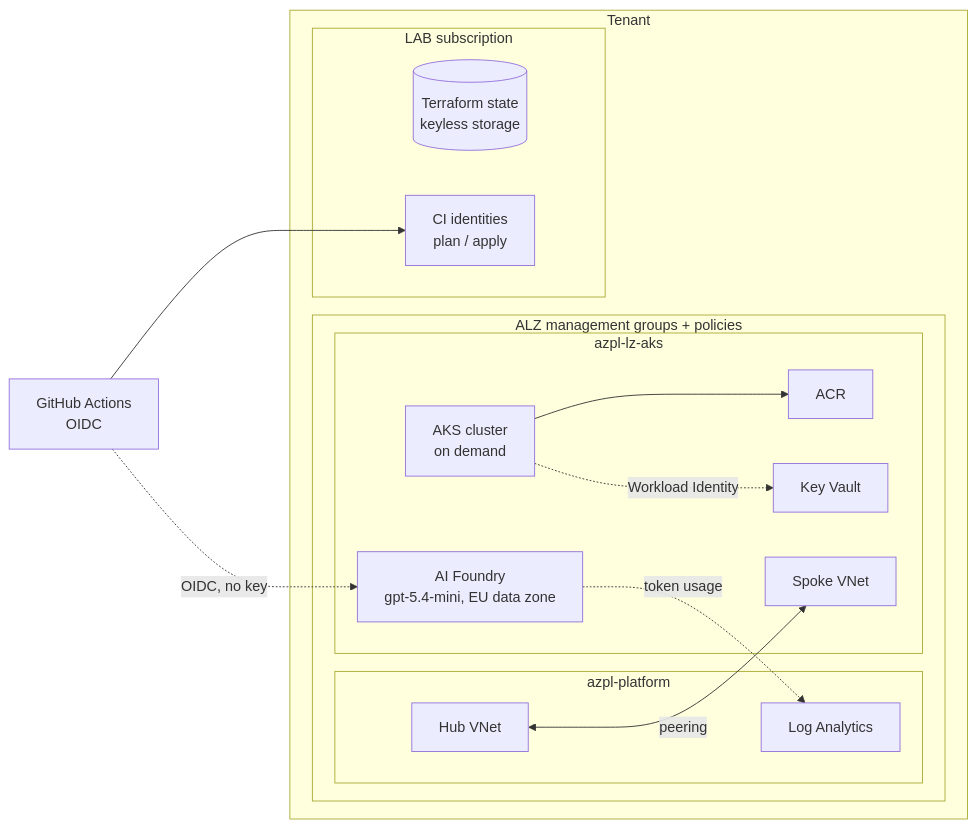
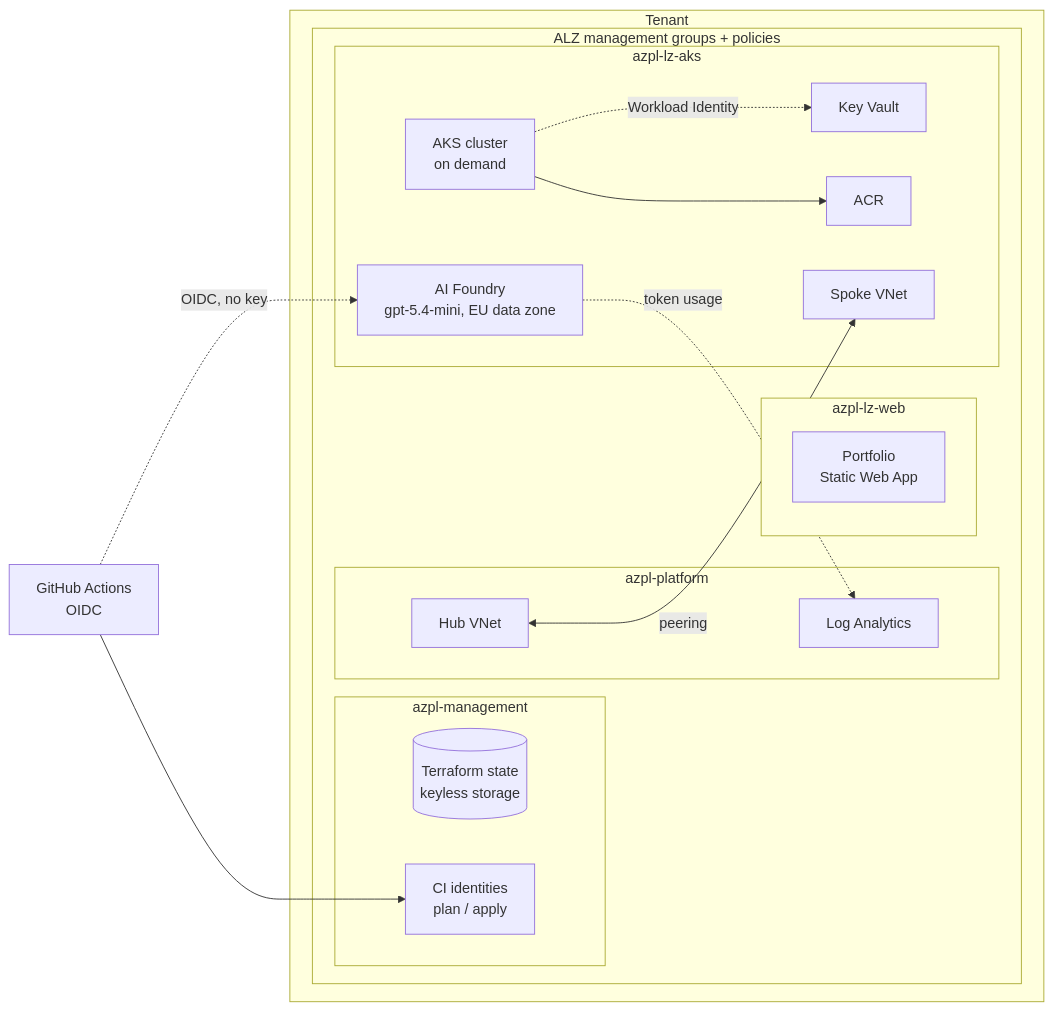
One commit to kjourdan1/azure-platform changed the diagram in README.md. Above: the diagram before and after it, drawn with Mermaid. The commit also changed other lines of this file and 4 other files, not shown here.

````diff
--- a/README.md
+++ b/README.md
@@ -23,28 +23,31 @@
 ```mermaid
 flowchart LR
   subgraph tenant[Tenant]
-    subgraph lab[LAB subscription]
-      state[(Terraform state<br/>keyless storage)]
-      ids[CI identities<br/>plan / apply]
-    end
     subgraph alz[ALZ management groups + policies]
+      subgraph mgmt[azpl-management]
+        state[(Terraform state<br/>keyless storage)]
+        ids[CI identities<br/>plan / apply]
+      end
+      subgraph lzweb[azpl-lz-web]
+        swa[Portfolio<br/>Static Web App]
+      end
       subgraph platform[azpl-platform]
         law[Log Analytics]
         hub[Hub VNet]
       end
       subgraph lzaks[azpl-lz-aks]
         spoke[Spoke VNet]
         kv[Key Vault]
         acr[ACR]
         aks[AKS cluster<br/>on demand]
         foundry[AI Foundry<br/>gpt-5.4-mini, EU data zone]
       end
     end
   end
   gh[GitHub Actions<br/>OIDC] --> ids
   hub <-- peering --> spoke
   aks --> acr
   aks -. Workload Identity .-> kv
   gh -. OIDC, no key .-> foundry
   foundry -. token usage .-> law
 ```
````
